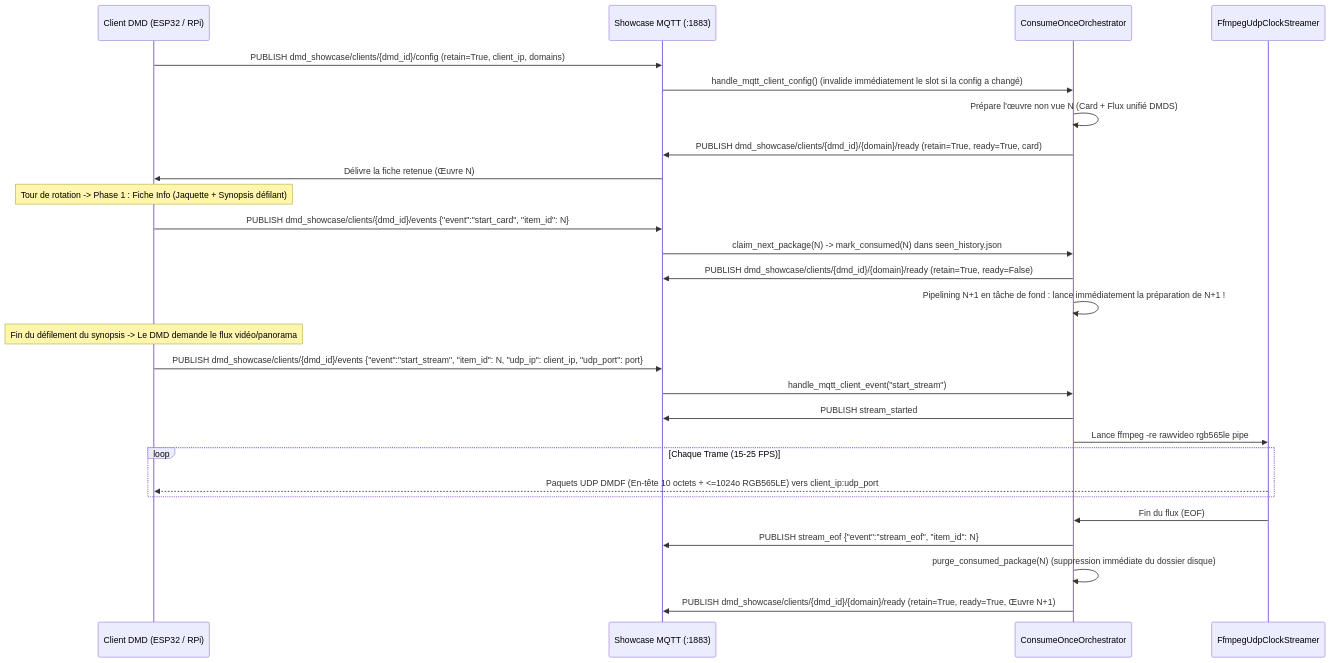
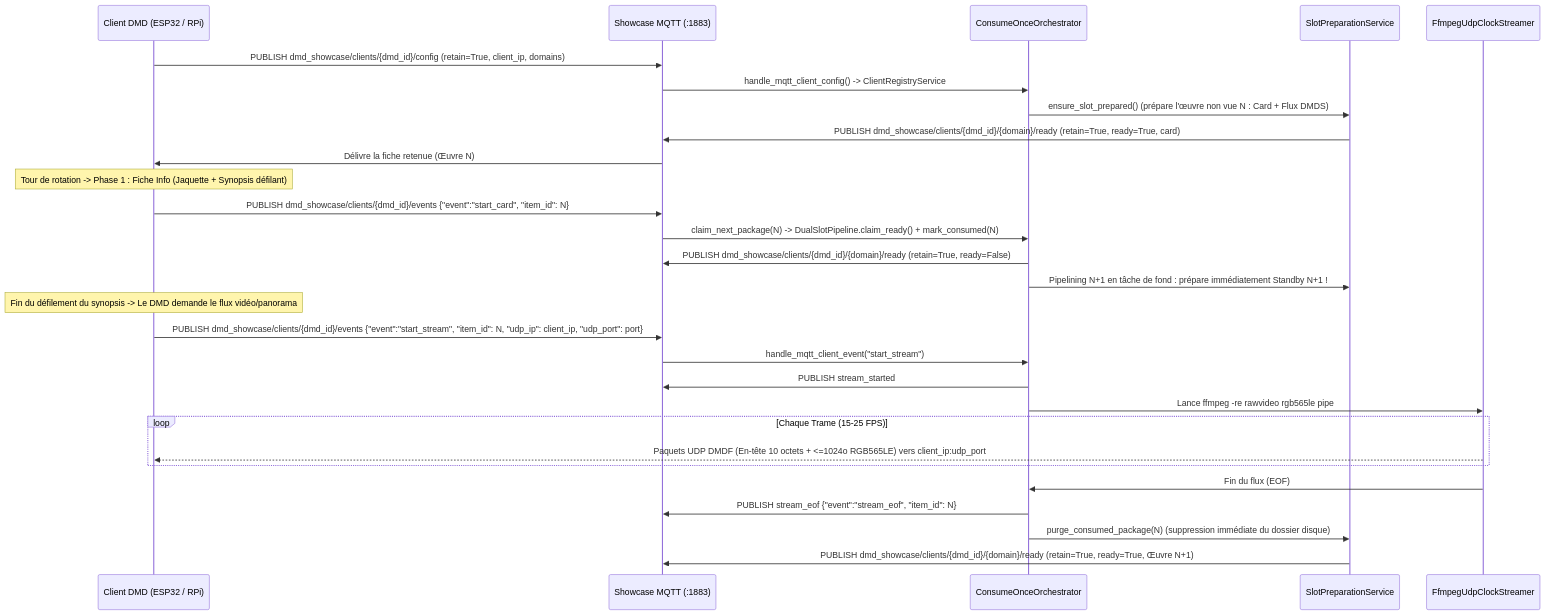
One commit to red77290/dmd_media_showcase changed the second of 2 diagrams in docs/ARCHITECTURE_FR.md. Above: the diagram before and after it, drawn with Mermaid. The commit also changed other lines of this file and 109 other files, not shown here.

````diff
--- a/docs/ARCHITECTURE_FR.md
+++ b/docs/ARCHITECTURE_FR.md
@@ -71,32 +100,33 @@
 ```mermaid
 sequenceDiagram
     participant DMD as Client DMD (ESP32 / RPi)
     participant MQTT as Showcase MQTT (:1883)
     participant ORCH as ConsumeOnceOrchestrator
+    participant PREP as SlotPreparationService
     participant FFMPEG as FfmpegUdpClockStreamer
 
     DMD->>MQTT: PUBLISH dmd_showcase/clients/{dmd_id}/config (retain=True, client_ip, domains)
-    MQTT->>ORCH: handle_mqtt_client_config() (invalide immédiatement le slot si la config a changé)
-    ORCH->>ORCH: Prépare l'œuvre non vue N (Card + Flux unifié DMDS)
-    ORCH->>MQTT: PUBLISH dmd_showcase/clients/{dmd_id}/{domain}/ready (retain=True, ready=True, card)
+    MQTT->>ORCH: handle_mqtt_client_config() -> ClientRegistryService
+    ORCH->>PREP: ensure_slot_prepared() (prépare l'œuvre non vue N : Card + Flux DMDS)
+    PREP->>MQTT: PUBLISH dmd_showcase/clients/{dmd_id}/{domain}/ready (retain=True, ready=True, card)
     MQTT->>DMD: Délivre la fiche retenue (Œuvre N)
 
     Note over DMD: Tour de rotation -> Phase 1 : Fiche Info (Jaquette + Synopsis défilant)
     DMD->>MQTT: PUBLISH dmd_showcase/clients/{dmd_id}/events {"event":"start_card", "item_id": N}
-    MQTT->>ORCH: claim_next_package(N) -> mark_consumed(N) dans seen_history.json
+    MQTT->>ORCH: claim_next_package(N) -> DualSlotPipeline.claim_ready() + mark_consumed(N)
     ORCH->>MQTT: PUBLISH dmd_showcase/clients/{dmd_id}/{domain}/ready (retain=True, ready=False)
-    ORCH->>ORCH: Pipelining N+1 en tâche de fond : lance immédiatement la préparation de N+1 !
+    ORCH->>PREP: Pipelining N+1 en tâche de fond : prépare immédiatement Standby N+1 !
 
     Note over DMD: Fin du défilement du synopsis -> Le DMD demande le flux vidéo/panorama
     DMD->>MQTT: PUBLISH dmd_showcase/clients/{dmd_id}/events {"event":"start_stream", "item_id": N, "udp_ip": client_ip, "udp_port": port}
     MQTT->>ORCH: handle_mqtt_client_event("start_stream")
     ORCH->>MQTT: PUBLISH stream_started
     ORCH->>FFMPEG: Lance ffmpeg -re rawvideo rgb565le pipe
     loop Chaque Trame (15-25 FPS)
         FFMPEG-->>DMD: Paquets UDP DMDF (En-tête 10 octets + <=1024o RGB565LE) vers client_ip:udp_port
     end
     FFMPEG->>ORCH: Fin du flux (EOF)
     ORCH->>MQTT: PUBLISH stream_eof {"event":"stream_eof", "item_id": N}
-    ORCH->>ORCH: purge_consumed_package(N) (suppression immédiate du dossier disque)
-    ORCH->>MQTT: PUBLISH dmd_showcase/clients/{dmd_id}/{domain}/ready (retain=True, ready=True, Œuvre N+1)
+    ORCH->>PREP: purge_consumed_package(N) (suppression immédiate du dossier disque)
+    PREP->>MQTT: PUBLISH dmd_showcase/clients/{dmd_id}/{domain}/ready (retain=True, ready=True, Œuvre N+1)
 ```
````
